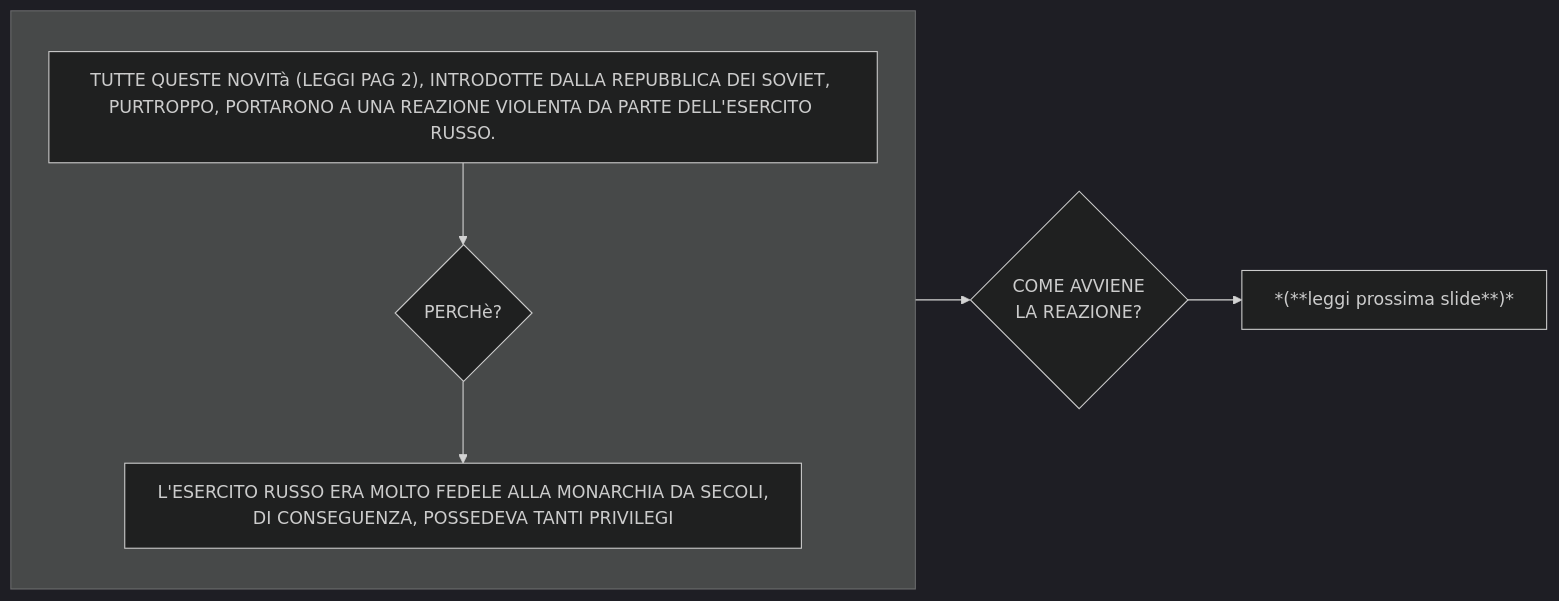
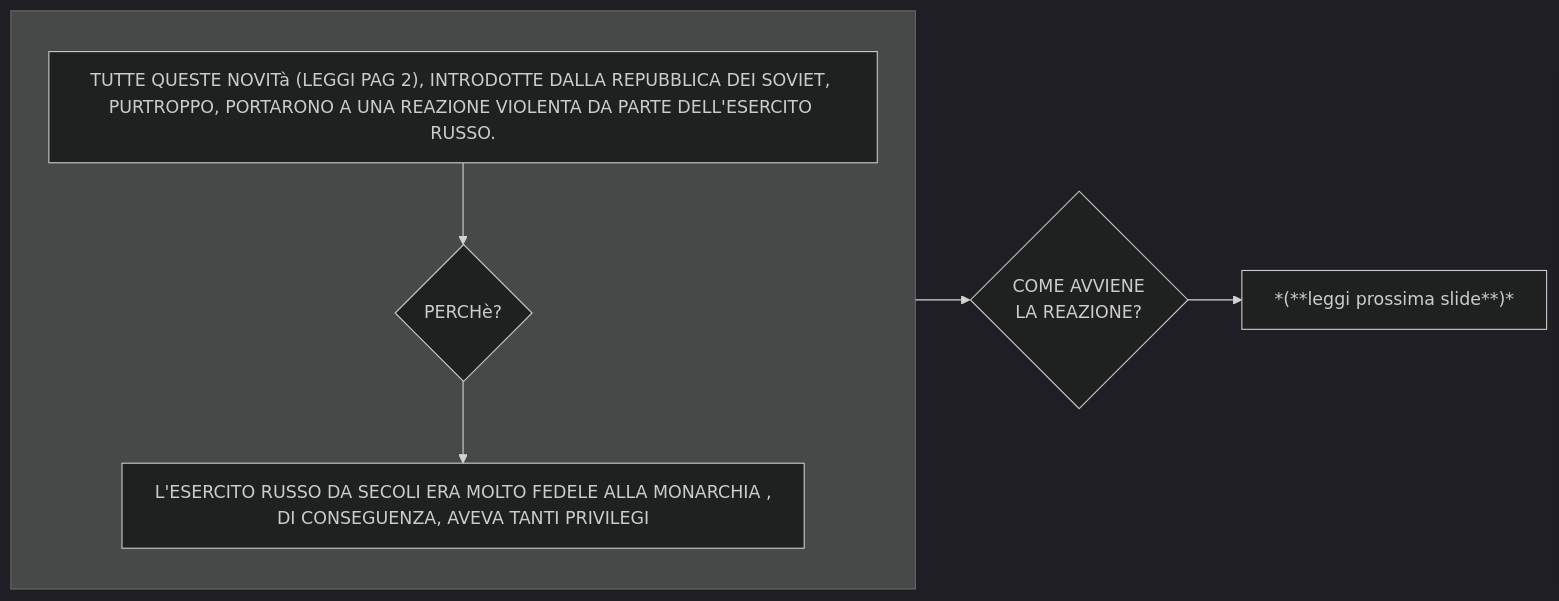
Before and after one commit to Laaouatni/ricerca-storia-MermaidJS: the fourth of 6 diagrams in stalinismoRiscrittura.md, drawn with Mermaid (dark theme). The commit also changed other lines of this file, not shown here.

````diff
--- a/stalinismoRiscrittura.md
+++ b/stalinismoRiscrittura.md
@@ -64,15 +64,15 @@
 ```mermaid
 %%{init: { "flowchart": { "wrappingWidth": 700 } }}%%
 flowchart LR
   subgraph 3[" "]
     direction TB
     0["TUTTE QUESTE NOVITà (LEGGI PAG 2), INTRODOTTE DALLA REPUBBLICA DEI SOVIET, <br>PURTROPPO, PORTARONO A UNA REAZIONE VIOLENTA DA PARTE DELL'ESERCITO RUSSO."]
     1{PERCHè?}
-    2[L'ESERCITO RUSSO ERA MOLTO FEDELE ALLA MONARCHIA DA SECOLI, <br> DI CONSEGUENZA, POSSEDEVA TANTI PRIVILEGI]
+    2[L'ESERCITO RUSSO DA SECOLI ERA MOLTO FEDELE ALLA MONARCHIA , <br> DI CONSEGUENZA, AVEVA TANTI PRIVILEGI]
     0 --> 1 --> 2
   end
   4{COME AVVIENE <br>LA REAZIONE?}
   3 --> 4
   40["*(**leggi prossima slide**)*"]
   4 --> 40
 ```
````
